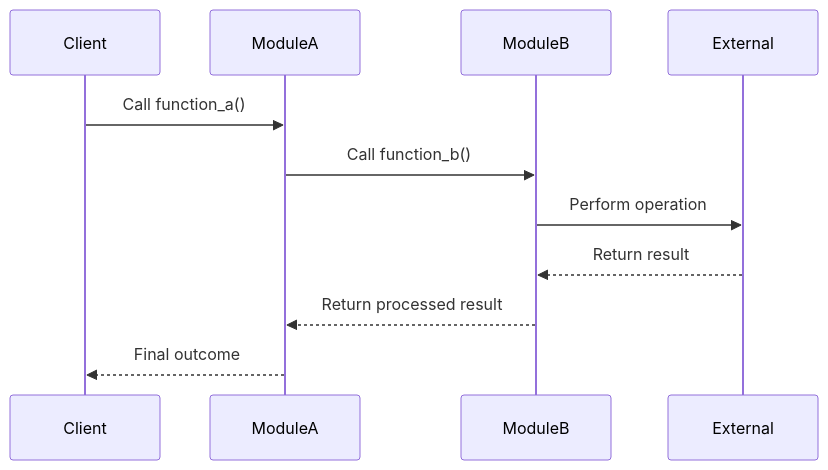
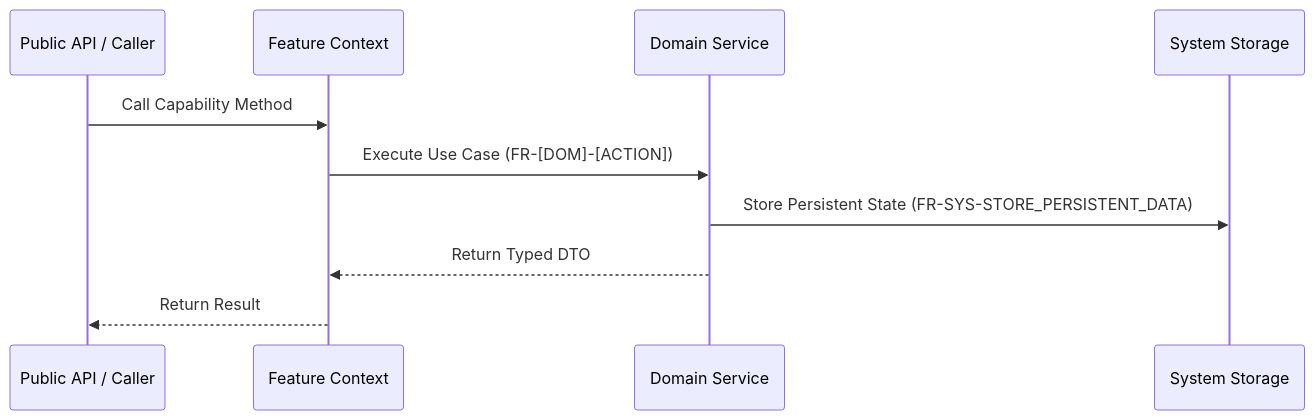
One commit to haruperi/HaruQuantAI changed the third of 3 diagrams in docs/templates/README.md. Above: the diagram before and after it, drawn with Mermaid. The commit also changed other lines of this file and 89 other files, not shown here.

````diff
--- a/docs/templates/README.md
+++ b/docs/templates/README.md
@@ -227,14 +197,13 @@
 ```mermaid
 sequenceDiagram
-    participant Client
-    participant ModuleA
-    participant ModuleB
-    participant External
+    participant API as Public API / Caller
+    participant Feature as Feature Context
+    participant Service as Domain Service
+    participant Storage as System Storage
 
-    Client->>ModuleA: Call function_a()
-    ModuleA->>ModuleB: Call function_b()
-    ModuleB->>External: Perform operation
-    External-->>ModuleB: Return result
-    ModuleB-->>ModuleA: Return processed result
-    ModuleA-->>Client: Final outcome
+    API->>Feature: Call Capability Method
+    Feature->>Service: Execute Use Case (FR-[DOM]-[ACTION])
+    Service->>Storage: Store Persistent State (FR-SYS-STORE_PERSISTENT_DATA)
+    Service-->>Feature: Return Typed DTO
+    Feature-->>API: Return Result
 ```
````
